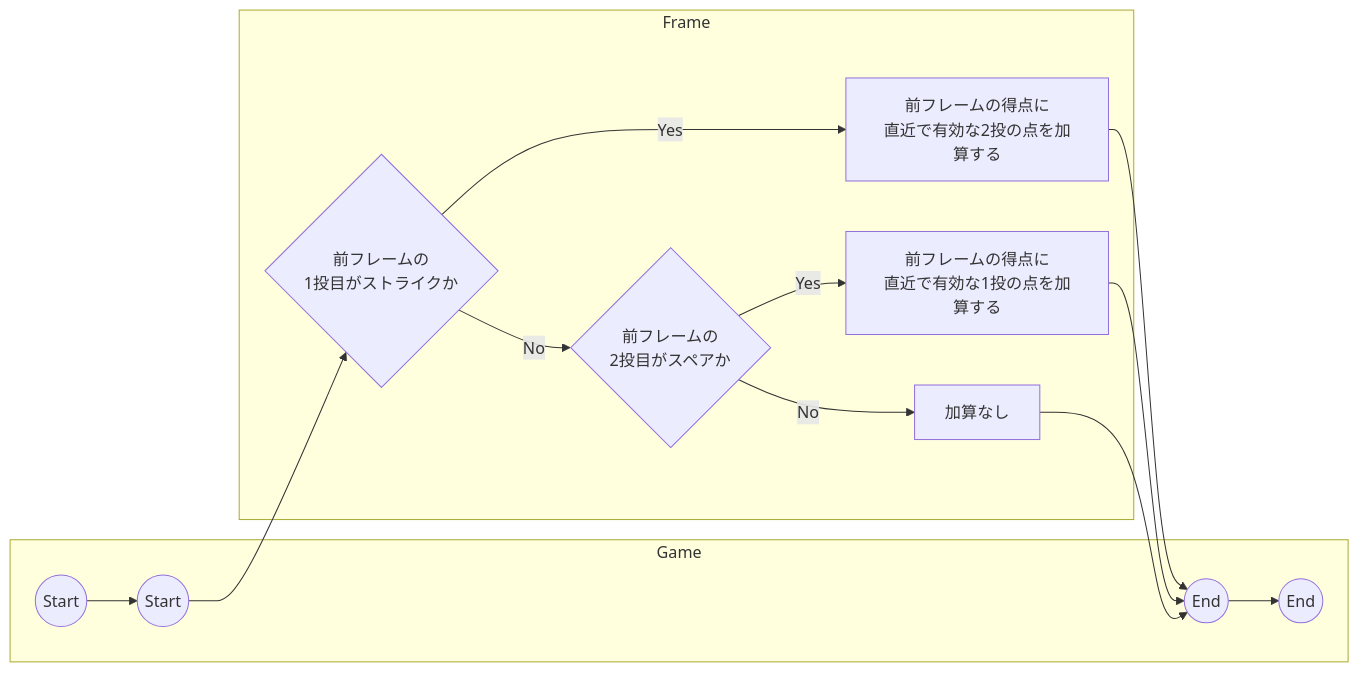
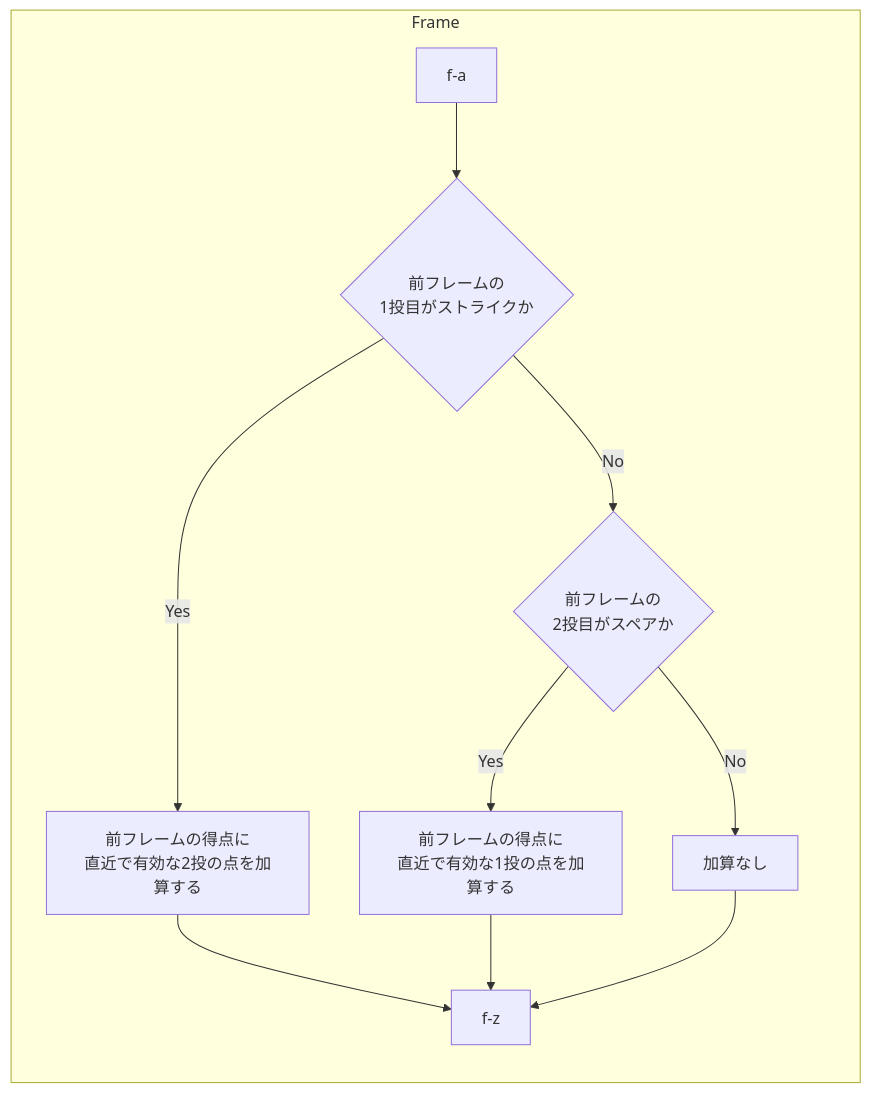
Before and after one commit to maeda-m/ruby-practices: the fourth of 4 diagrams in 04.bowling/NOTE.md, drawn with Mermaid. The commit also changed other lines of this file, not shown here.

````diff
--- a/04.bowling/NOTE.md
+++ b/04.bowling/NOTE.md
@@ -111,19 +123,14 @@
 ```mermaid
 flowchart LR
-  subgraph Game
-    g-a((Start)) --> f-a((Start))
-    f-z((End)) --> g-z((End))
-  end
-
   subgraph Frame
     f-score-judge-first-bowl-is-strike{前フレームの<br>1投目がストライクか}
     f-score-judge-second-bowl-is-spare{前フレームの<br>2投目がスペアか}
 
     f-a --> f-score-judge-first-bowl-is-strike
     f-score-judge-first-bowl-is-strike -- Yes --> f-increment-score-to-before-frame-p1[前フレームの得点に<br>直近で有効な2投の点を加算する] --> f-z
     f-score-judge-first-bowl-is-strike -- No --> f-score-judge-second-bowl-is-spare
 
     f-score-judge-second-bowl-is-spare -- Yes --> f-increment-score-to-before-frame-p2[前フレームの得点に<br>直近で有効な1投の点を加算する] --> f-z
     f-score-judge-second-bowl-is-spare -- No --> f-increment-score-to-before-frame-p3[加算なし] --> f-z
   end
 ```
````
